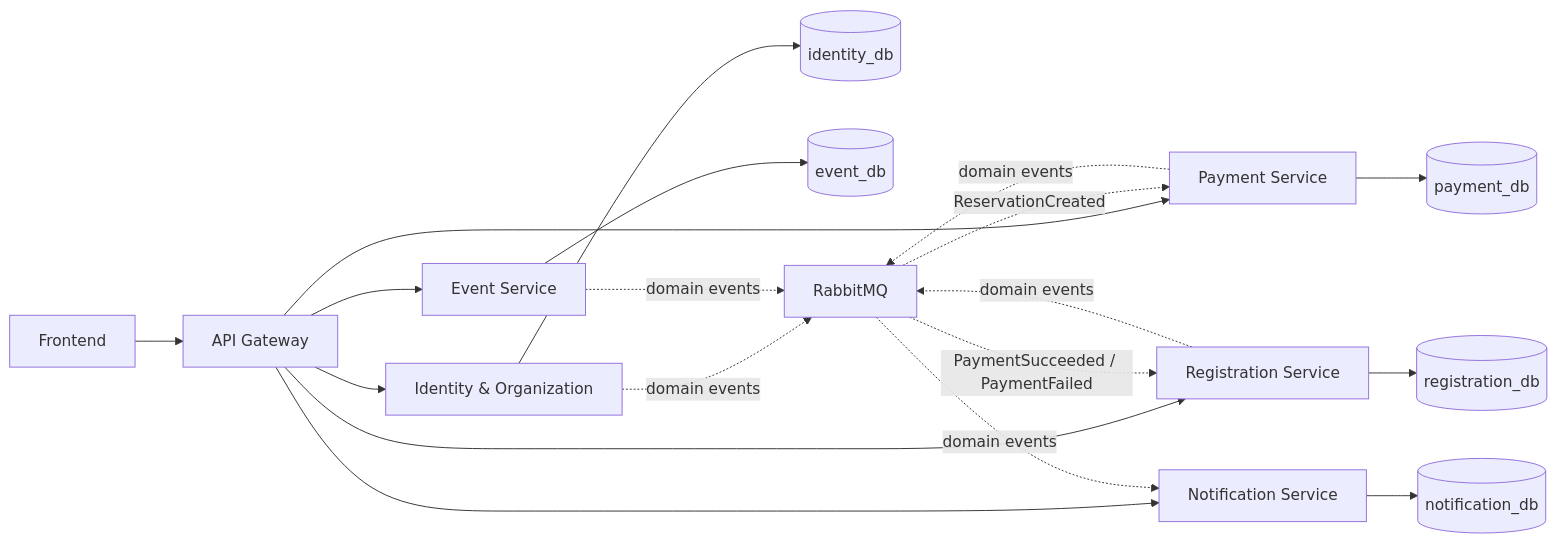
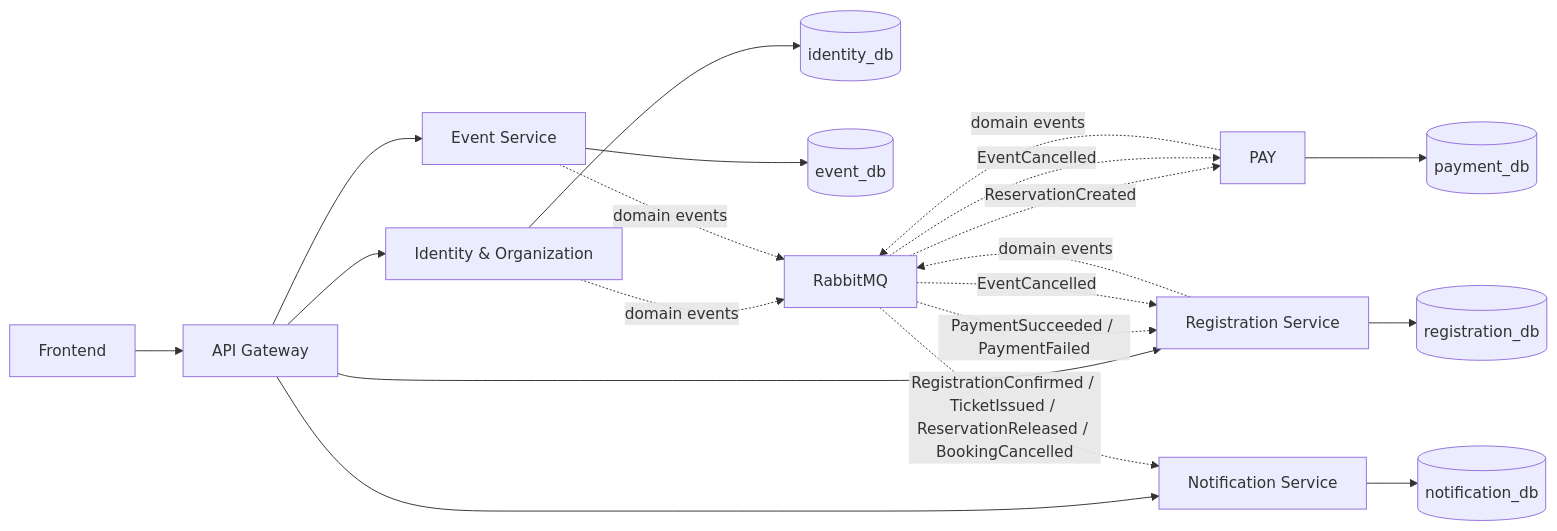
The diagram in docs/diagrams/context.md (minhdz-2005/Lamu), drawn with Mermaid before and after one commit. The commit also changed other lines of this file and 14 other files, not shown here.

Commit message:
Lock four-week scope decisions and reconcile architecture with the API catalog

````diff
--- a/docs/diagrams/context.md
+++ b/docs/diagrams/context.md
@@ -3,21 +3,22 @@
 ```mermaid
 flowchart LR
   UI[Frontend] --> GW[API Gateway]
   GW --> ID[Identity & Organization]
   GW --> EV[Event Service]
   GW --> RG[Registration Service]
-  GW --> PAY[Payment Service]
   GW --> NT[Notification Service]
   ID --> IDDB[(identity_db)]
   EV --> EVDB[(event_db)]
   RG --> RGDB[(registration_db)]
   PAY --> PAYDB[(payment_db)]
   NT --> NTDB[(notification_db)]
   ID -. domain events .-> MQ[RabbitMQ]
   EV -. domain events .-> MQ
   RG -. domain events .-> MQ
   PAY -. domain events .-> MQ
   MQ -. ReservationCreated .-> PAY
   MQ -. PaymentSucceeded / PaymentFailed .-> RG
-  MQ -. domain events .-> NT
+  MQ -. EventCancelled .-> RG
+  MQ -. EventCancelled .-> PAY
+  MQ -. RegistrationConfirmed / TicketIssued / ReservationReleased / BookingCancelled .-> NT
 ```
````
